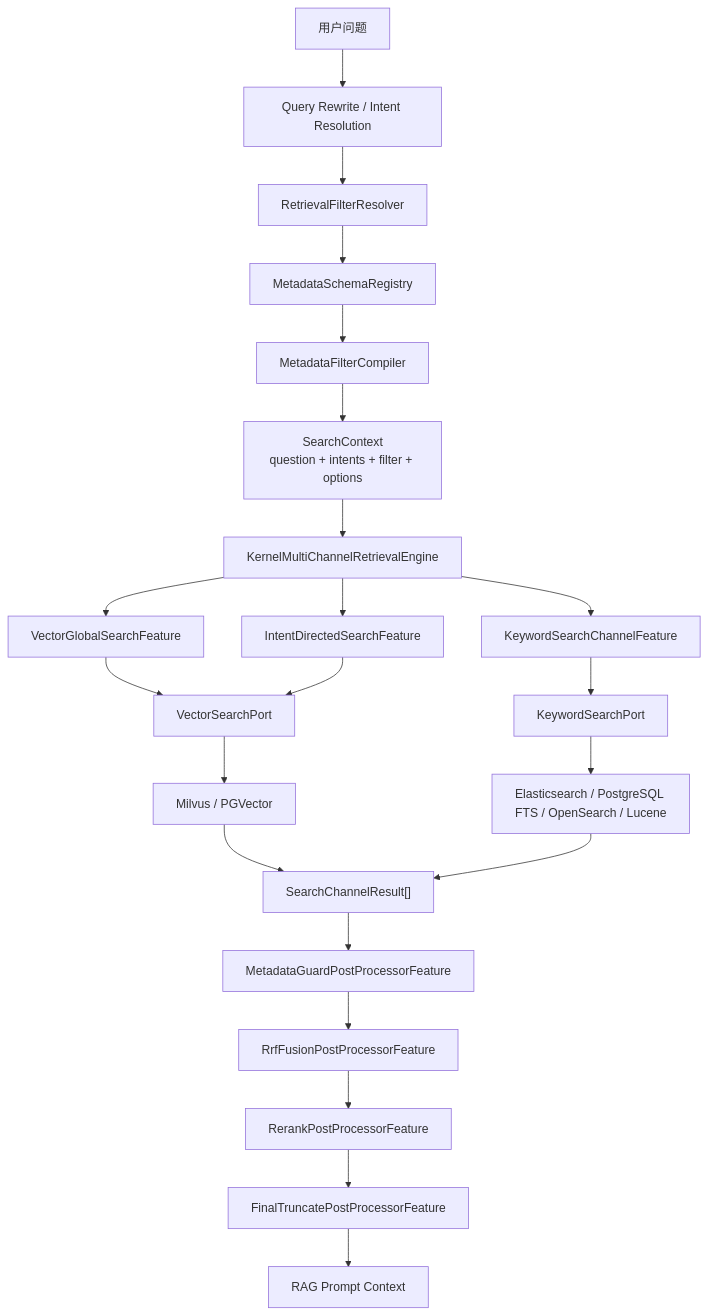
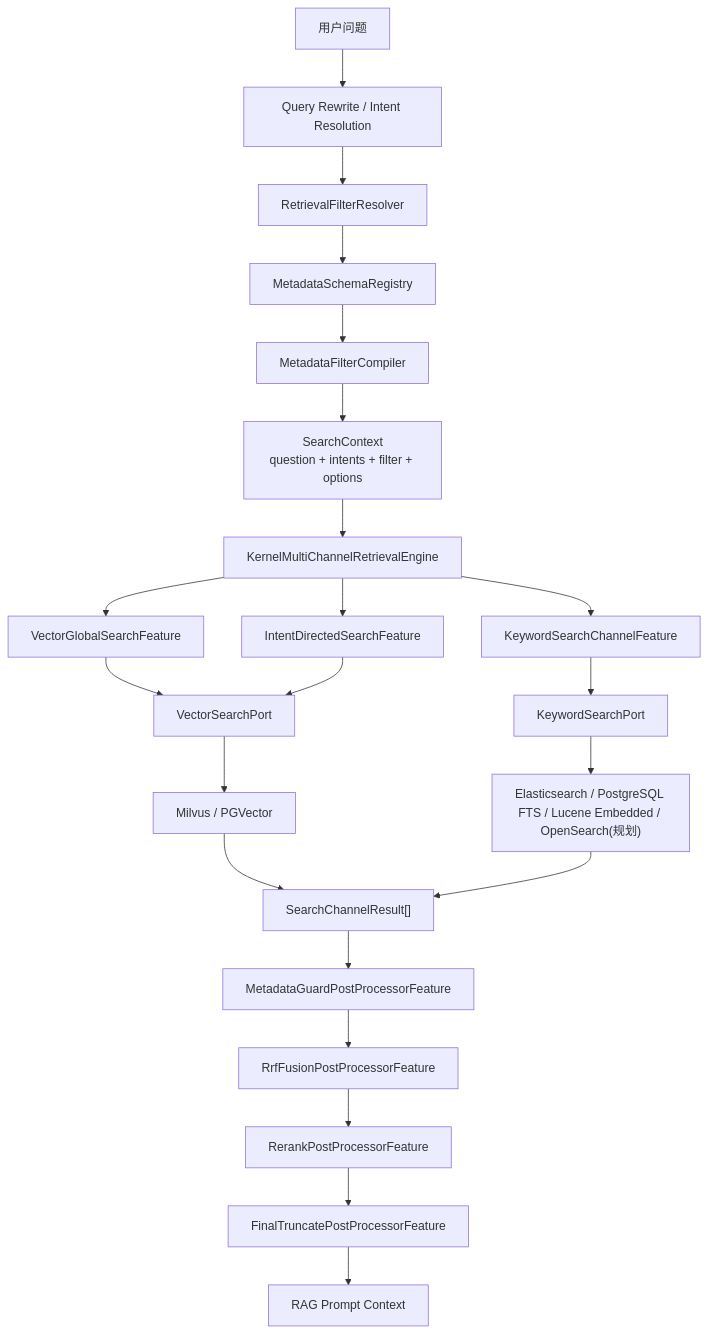
One commit to onceMisery/seahorse-agent changed the first of 2 diagrams in docs/zh/content/架构设计/混合检索与重排完善设计方案.md. Above: the diagram before and after it, drawn with Mermaid. The commit also changed other lines of this file and 5 other files, not shown here.

````diff
--- a/docs/zh/content/架构设计/混合检索与重排完善设计方案.md
+++ b/docs/zh/content/架构设计/混合检索与重排完善设计方案.md
@@ -38,28 +38,28 @@
 ```mermaid
 flowchart TD
     A["用户问题"] --> B["Query Rewrite / Intent Resolution"]
     B --> C["RetrievalFilterResolver"]
     C --> D["MetadataSchemaRegistry"]
     D --> E["MetadataFilterCompiler"]
     E --> F["SearchContext<br/>question + intents + filter + options"]
     F --> G["KernelMultiChannelRetrievalEngine"]
 
     G --> V["VectorGlobalSearchFeature"]
     G --> I["IntentDirectedSearchFeature"]
     G --> K["KeywordSearchChannelFeature"]
 
     V --> VP["VectorSearchPort"]
     I --> VP
     VP --> MV["Milvus / PGVector"]
 
     K --> KP["KeywordSearchPort"]
-    KP --> OS["Elasticsearch / PostgreSQL FTS / OpenSearch / Lucene"]
+    KP --> OS["Elasticsearch / PostgreSQL FTS / Lucene Embedded / OpenSearch(规划)"]
 
     MV --> R["SearchChannelResult[]"]
     OS --> R
     R --> M0["MetadataGuardPostProcessorFeature"]
     M0 --> M1["RrfFusionPostProcessorFeature"]
     M1 --> M2["RerankPostProcessorFeature"]
     M2 --> M3["FinalTruncatePostProcessorFeature"]
     M3 --> P["RAG Prompt Context"]
 ```
````
